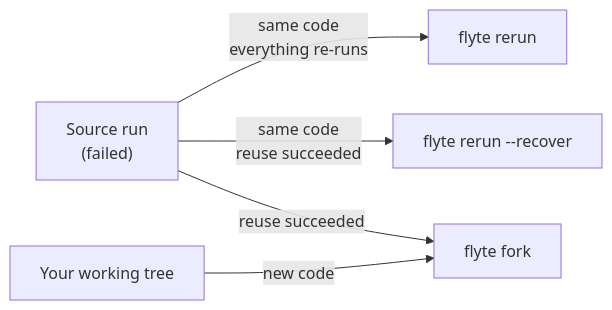
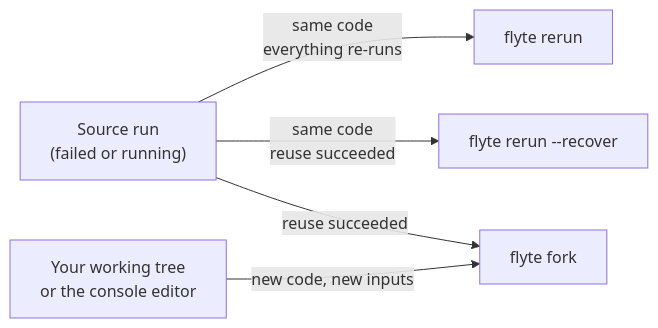
One commit to unionai/unionai-docs changed the first of 2 diagrams in content/user-guide/tasks/task-deployment/fork-runs.md. Above: the diagram before and after it, drawn with Mermaid. The commit also changed other lines of this file and 6 other files, not shown here.

First line of the commit message:
Fork a run: console Edit inputs/Edit code, forking running runs, and what-if analysis

````diff
--- a/content/user-guide/tasks/task-deployment/fork-runs.md
+++ b/content/user-guide/tasks/task-deployment/fork-runs.md
@@ -39,7 +51,7 @@
 ```mermaid
 flowchart LR
-    R["Source run<br/>(failed)"] -- "same code<br/>everything re-runs" --> A["flyte rerun"]
+    R["Source run<br/>(failed or running)"] -- "same code<br/>everything re-runs" --> A["flyte rerun"]
     R -- "same code<br/>reuse succeeded" --> B["flyte rerun --recover"]
     R -- "reuse succeeded" --> C["flyte fork"]
-    L["Your working tree"] -- "new code" --> C
+    L["Your working tree<br/>or the console editor"] -- "new code, new inputs" --> C
 ```
````
